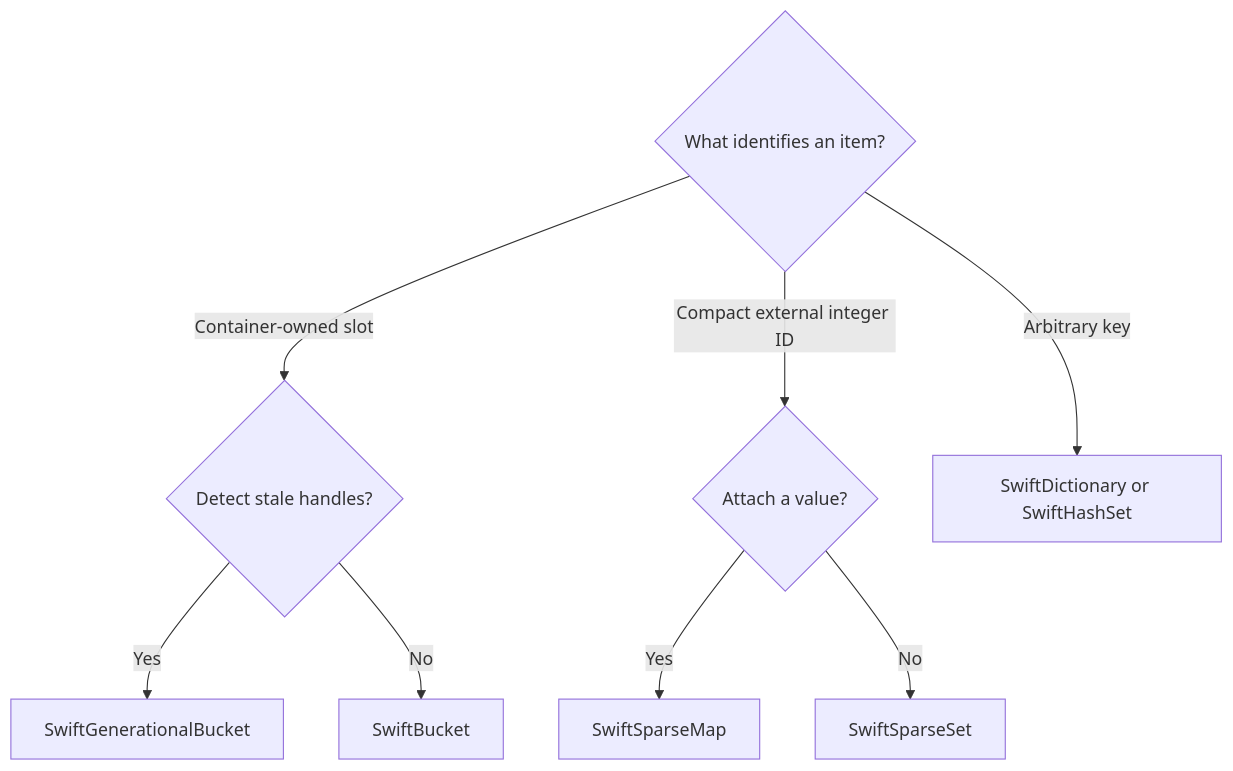
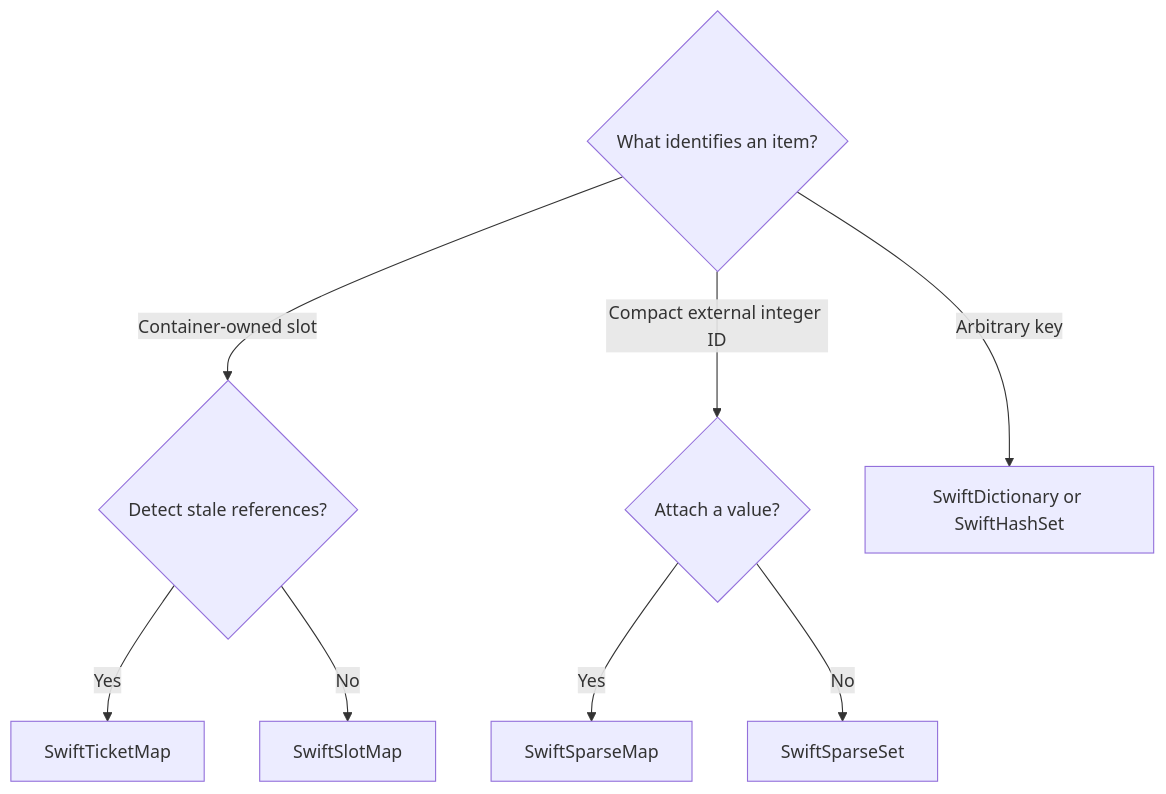
Before and after one commit to mrdav30/SwiftCollections: the diagram in docs/api/guides/collections.md, drawn with Mermaid. The commit also changed other lines of this file and 27 other files, not shown here.

Commit message:
refactor!: rename slot and ticket collections

````diff
--- a/docs/api/guides/collections.md
+++ b/docs/api/guides/collections.md
@@ -11,10 +11,10 @@
 ```mermaid
 flowchart TD
-    Key{What identifies an item?} -->|Container-owned slot| Stale{Detect stale handles?}
-    Stale -->|Yes| Generation[SwiftGenerationalBucket]
-    Stale -->|No| Bucket[SwiftBucket]
+    Key{What identifies an item?} -->|Container-owned slot| Stale{Detect stale references?}
+    Stale -->|Yes| Generation[SwiftTicketMap]
+    Stale -->|No| Slot[SwiftSlotMap]
     Key -->|Compact external integer ID| Payload{Attach a value?}
     Payload -->|Yes| Map[SwiftSparseMap]
     Payload -->|No| Set[SwiftSparseSet]
     Key -->|Arbitrary key| Hash[SwiftDictionary or SwiftHashSet]
 ```
````
